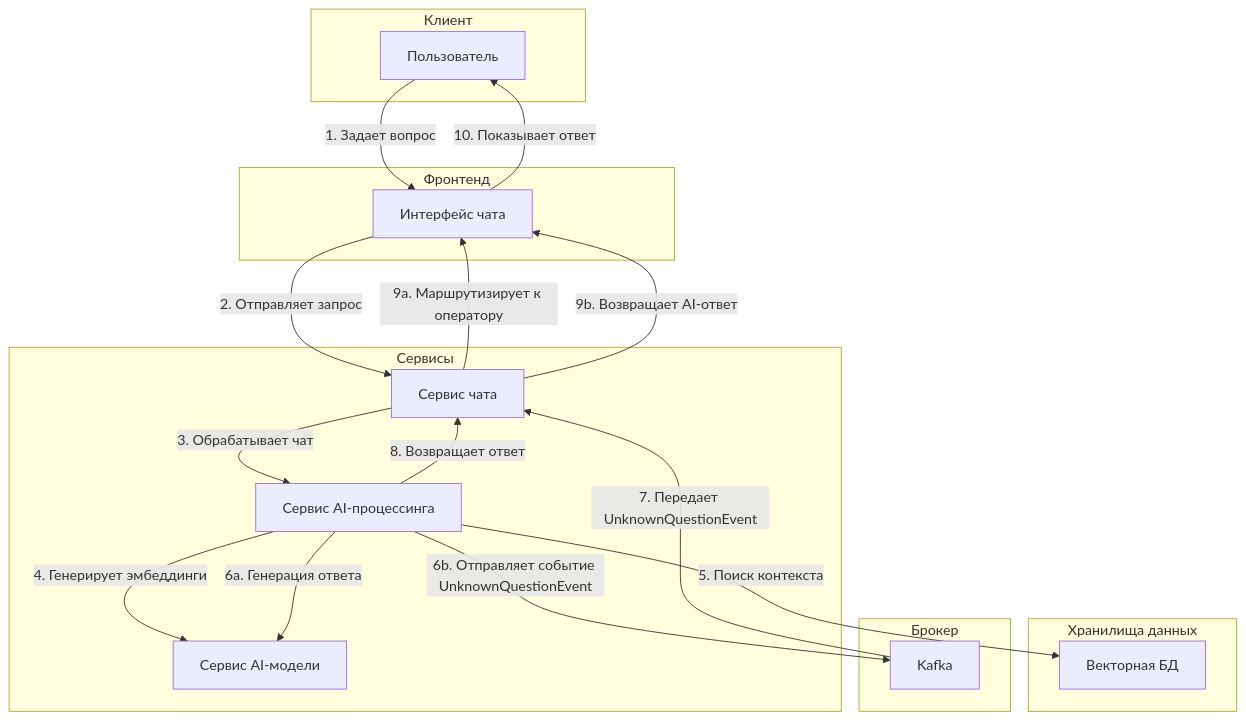
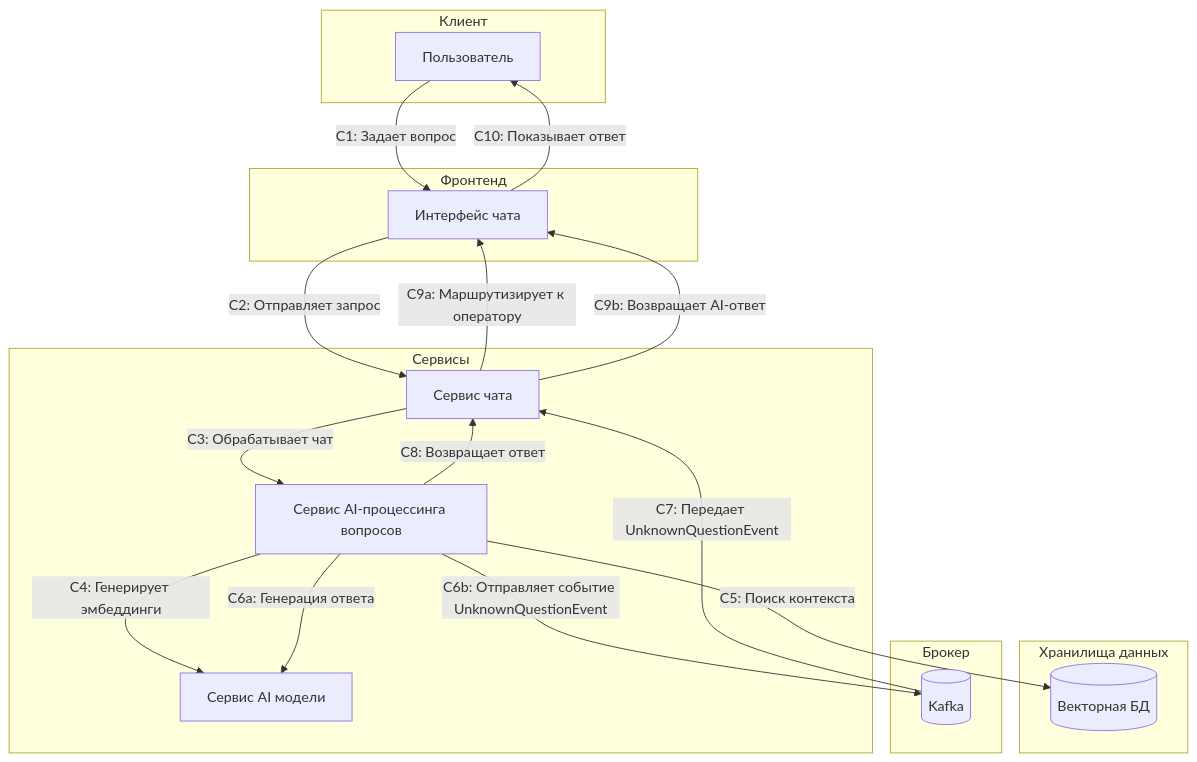
Before and after one commit to Silverman143/trood-test: the diagram in README.md, drawn with Mermaid.

````diff
--- a/README.md
+++ b/README.md
@@ -49,33 +49,33 @@
 ```mermaid
 flowchart TB
-    subgraph Клиент
+    subgraph "Клиент"
         Client["Пользователь"]
     end
-    subgraph Фронтенд
+    subgraph "Фронтенд"
         ChatInterface["Интерфейс чата"]
     end
-    subgraph Сервисы
+    subgraph "Сервисы"
         ChatService["Сервис чата"]
-        AIProcessor["Сервис AI-процессинга"]
-        AIModel["Сервис AI-модели"]
+        AIProcessor["Сервис AI-процессинга вопросов"]
+        AIModel["Сервис AI модели"]
     end
     subgraph "Хранилища данных"
-        VectorDB["Векторная БД"]
+        VectorDB[("Векторная БД")]
     end
-    subgraph Брокер
-        KafkaQ["Kafka"]
+    subgraph "Брокер"
+        KafkaQ[("Kafka")]
     end
-
-    Client -- "1. Задает вопрос" --> ChatInterface
-    ChatInterface -- "2. Отправляет запрос" --> ChatService
-    ChatService -- "3. Обрабатывает чат" --> AIProcessor
-    AIProcessor -- "4. Генерирует эмбеддинги" --> AIModel
-    AIProcessor -- "5. Поиск контекста" --> VectorDB
-    AIProcessor -- "6b. Отправляет событие UnknownQuestionEvent" --> KafkaQ
-    AIProcessor -- "6a. Генерация ответа" --> AIModel
-    KafkaQ -- "7. Передает UnknownQuestionEvent" --> ChatService
-    AIProcessor -- "8. Возвращает ответ" --> ChatService
-    ChatService -- "9a. Маршрутизирует к оператору" --> ChatInterface
-    ChatService -- "9b. Возвращает AI-ответ" --> ChatInterface
-    ChatInterface -- "10. Показывает ответ" --> Client
+    
+    Client -- "С1: Задает вопрос" --> ChatInterface
+    ChatInterface -- "С2: Отправляет запрос" --> ChatService
+    ChatService -- "С3: Обрабатывает чат" --> AIProcessor
+    AIProcessor -- "С4: Генерирует эмбеддинги" --> AIModel
+    AIProcessor -- "С5: Поиск контекста" --> VectorDB
+    AIProcessor -- "С6b: Отправляет событие UnknownQuestionEvent" --> KafkaQ
+    AIProcessor -- "С6a: Генерация ответа" --> AIModel
+    KafkaQ -- "С7: Передает UnknownQuestionEvent" --> ChatService
+    AIProcessor -- "С8: Возвращает ответ" --> ChatService
+    ChatService -- "С9a: Маршрутизирует к оператору" --> ChatInterface
+    ChatService -- "С9b: Возвращает AI-ответ" --> ChatInterface
+    ChatInterface -- "С10: Показывает ответ" --> Client
 ```
````
